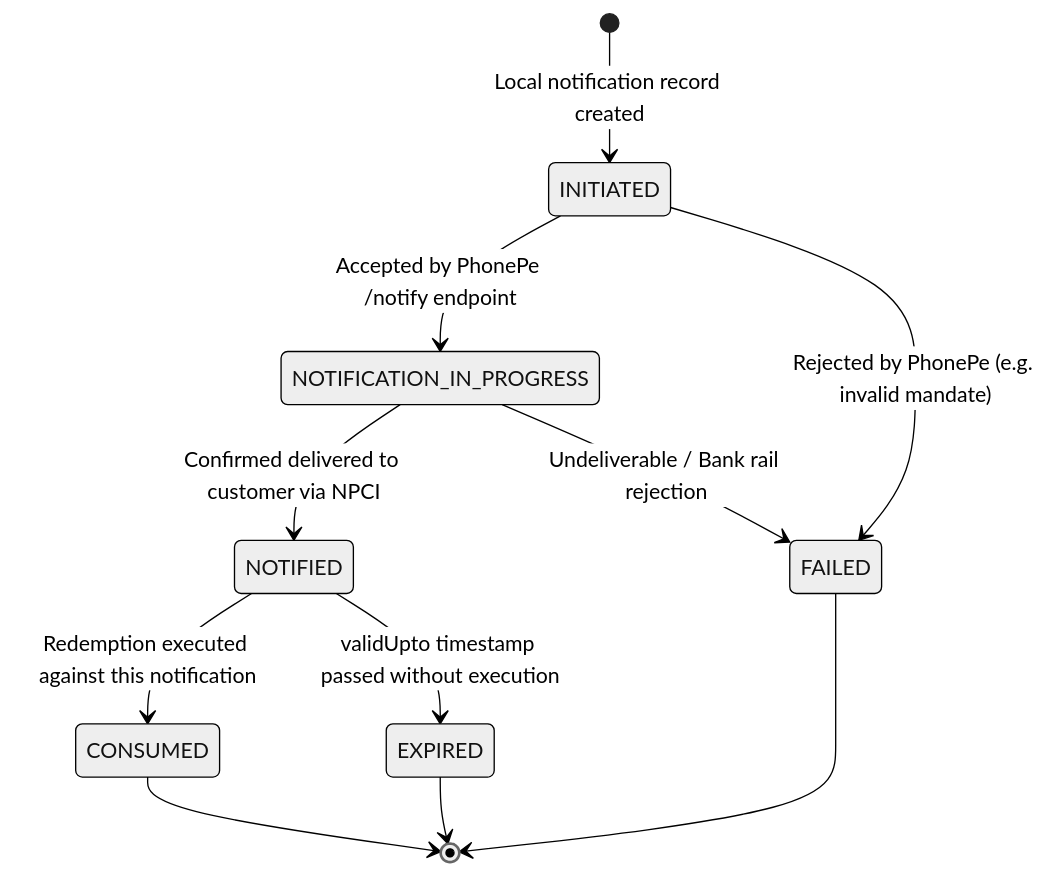
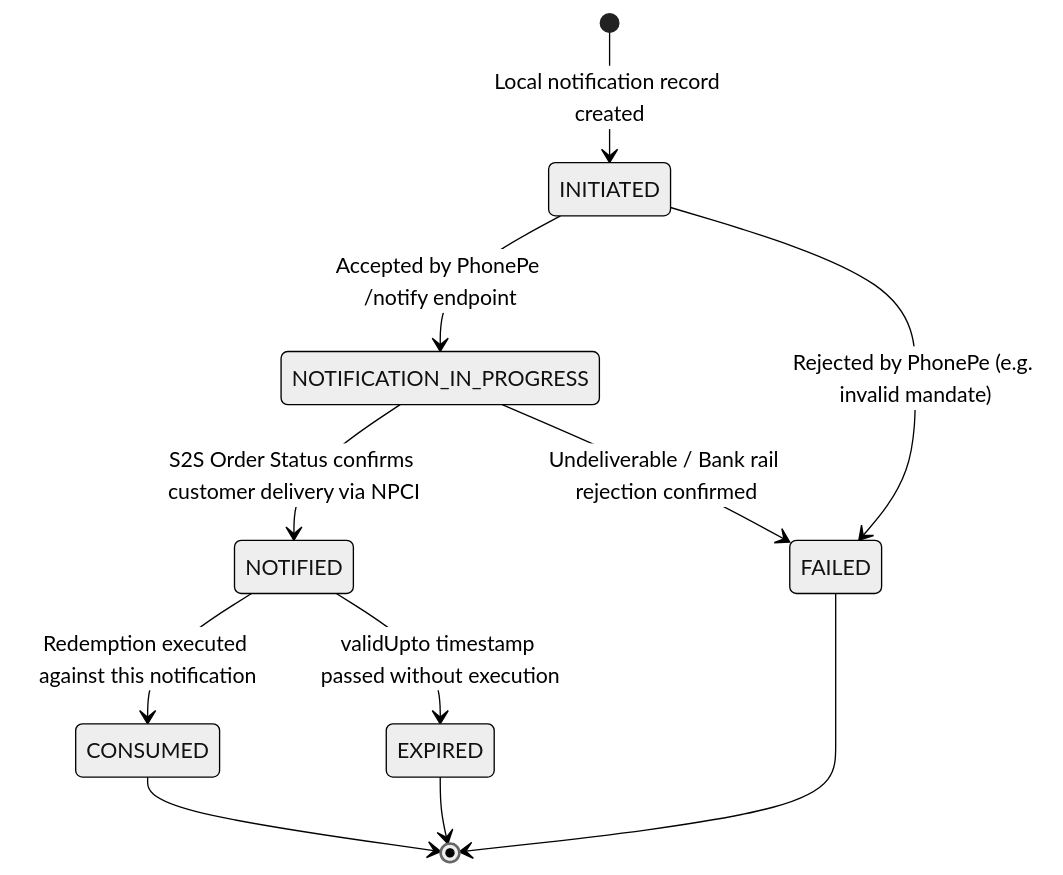
The fourth of 7 diagrams in docs/PHONEPE_AUTOPAY_V2_PHASE_3_ARCHITECTURE.md (Glass-Entials/CRM-Glass-Entials), drawn with Mermaid (neutral theme) before and after one commit. The commit also changed other lines of this file, not shown here.

Commit message:
docs(billing): finalize PhonePe AutoPay V2 phase 3 architecture

````diff
--- a/docs/PHONEPE_AUTOPAY_V2_PHASE_3_ARCHITECTURE.md
+++ b/docs/PHONEPE_AUTOPAY_V2_PHASE_3_ARCHITECTURE.md
@@ -394,16 +401,16 @@
 ```mermaid
 stateDiagram-v2
     [*] --> INITIATED : Local notification record created
     INITIATED --> NOTIFICATION_IN_PROGRESS : Accepted by PhonePe /notify endpoint
     INITIATED --> FAILED : Rejected by PhonePe (e.g. invalid mandate)
     
-    NOTIFICATION_IN_PROGRESS --> NOTIFIED : Confirmed delivered to customer via NPCI
-    NOTIFICATION_IN_PROGRESS --> FAILED : Undeliverable / Bank rail rejection
+    NOTIFICATION_IN_PROGRESS --> NOTIFIED : S2S Order Status confirms customer delivery via NPCI
+    NOTIFICATION_IN_PROGRESS --> FAILED : Undeliverable / Bank rail rejection confirmed
     
     NOTIFIED --> CONSUMED : Redemption executed against this notification
     NOTIFIED --> EXPIRED : validUpto timestamp passed without execution
     
     CONSUMED --> [*]
     FAILED --> [*]
     EXPIRED --> [*]
 ```
````
